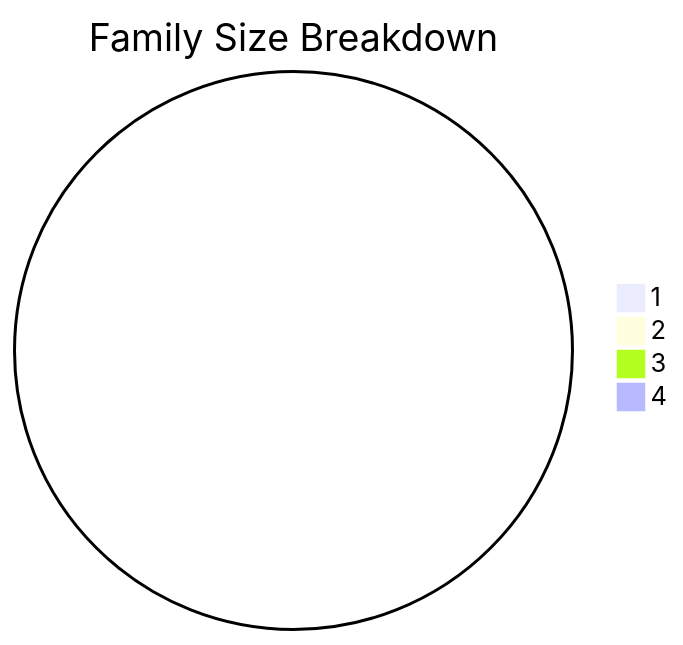
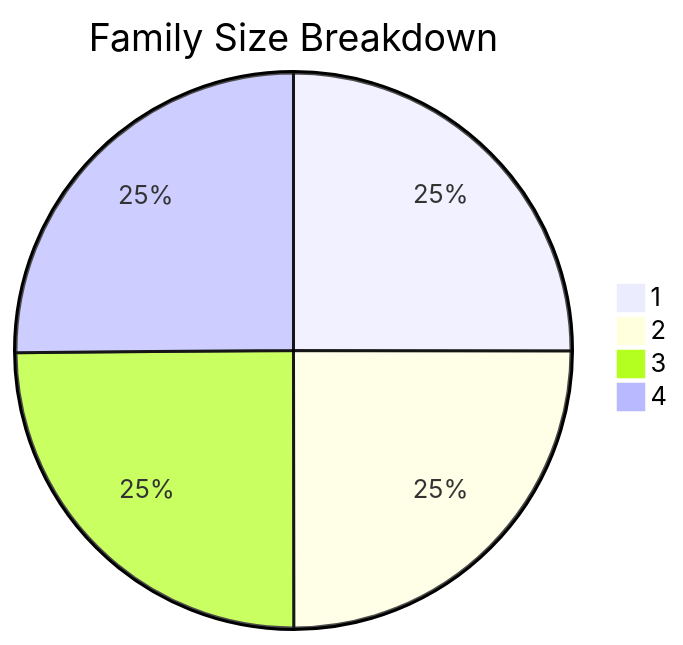
The sixth of 10 diagrams in test-tools/DataGen/src/Statistics_Visualizer.md (dhagan-va/intern-2025), drawn with Mermaid before and after one commit. The commit also changed other lines of this file and 2 other files, not shown here.

````diff
--- a/test-tools/DataGen/src/Statistics_Visualizer.md
+++ b/test-tools/DataGen/src/Statistics_Visualizer.md
@@ -69,7 +69,7 @@
 ```mermaid
 pie title Family Size Breakdown
-    "1" : 0
-    "2" : 0
-    "3" : 0
-    "4" : 0
+    "1" : 10006
+    "2" : 9979
+    "3" : 9952
+    "4" : 10045
 ```
````
